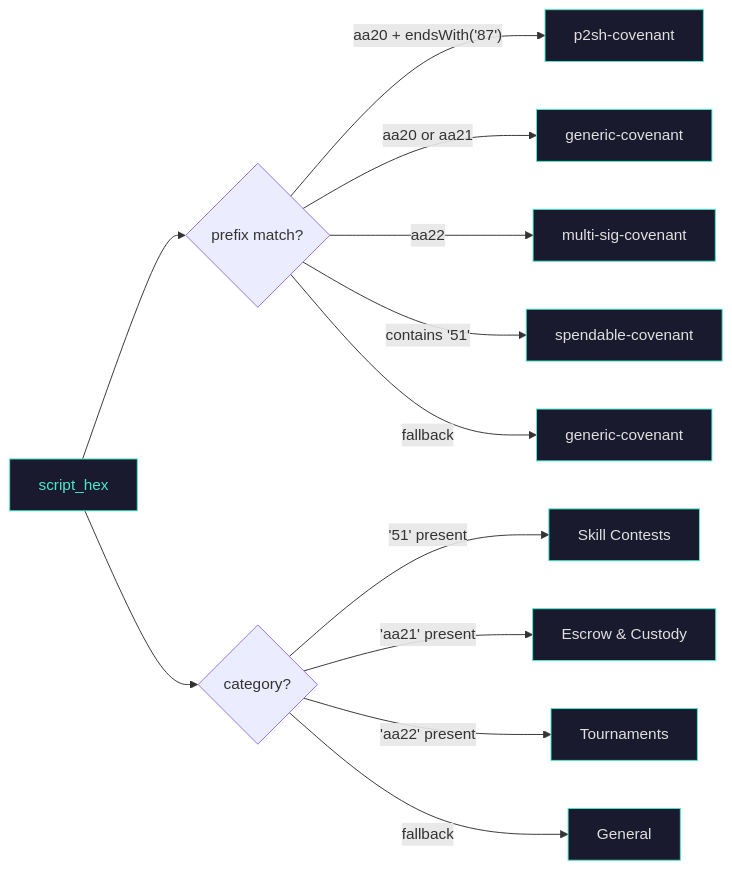
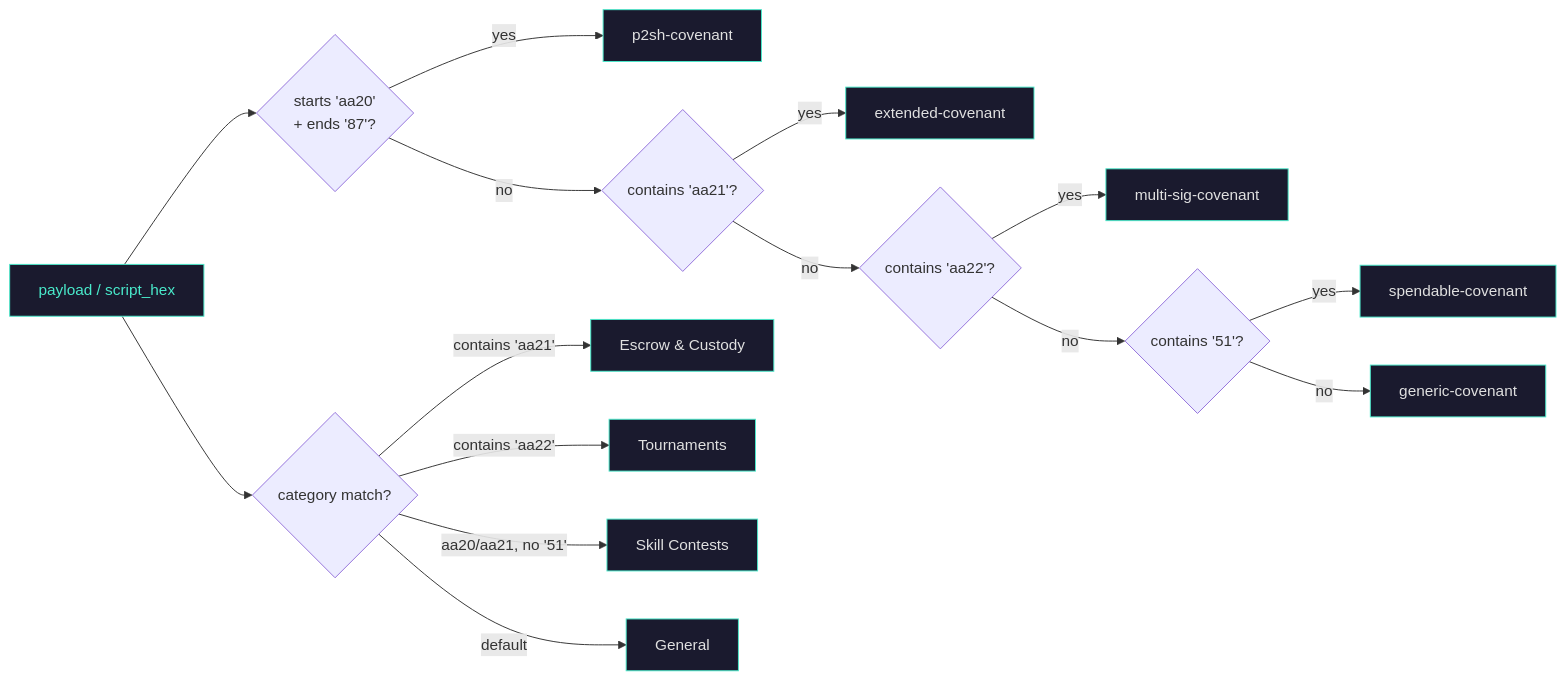
The second of 2 diagrams in README.md (THTProtocol/Covex27), drawn with Mermaid before and after one commit. The commit also changed other lines of this file, not shown here.

````diff
--- a/README.md
+++ b/README.md
@@ -163,27 +109,29 @@
 ```mermaid
 graph LR
-    ScriptHex["script_hex"] --> CheckPrefix{prefix match?}
+    Hex["payload / script_hex"] --> P1{"starts 'aa20'<br>+ ends '87'?"}
+    P1 -->|yes| P2SH["p2sh-covenant"]
+    P1 -->|no| P2{"contains 'aa21'?"}
+    P2 -->|yes| Extended["extended-covenant"]
+    P2 -->|no| P3{"contains 'aa22'?"}
+    P3 -->|yes| MultiSig["multi-sig-covenant"]
+    P3 -->|no| P4{"contains '51'?"}
+    P4 -->|yes| Spendable["spendable-covenant"]
+    P4 -->|no| Generic["generic-covenant"]
 
-    CheckPrefix -->|"aa20 + endsWith('87')"| P2SH["p2sh-covenant"]
-    CheckPrefix -->|"aa20 or aa21"| Extended["generic-covenant"]
-    CheckPrefix -->|"aa22"| MultiSig["multi-sig-covenant"]
-    CheckPrefix -->|"contains '51'"| Spendable["spendable-covenant"]
-    CheckPrefix -->|fallback| Generic["generic-covenant"]
+    Hex --> Cat{"category match?"}
+    Cat -->|"contains 'aa21'"| Escrow["Escrow & Custody"]
+    Cat -->|"contains 'aa22'"| Tournament["Tournaments"]
+    Cat -->|"aa20/aa21, no '51'"| Skill["Skill Contests"]
+    Cat -->|default| General["General"]
 
-    ScriptHex --> CategoryCheck{category?}
-    CategoryCheck -->|"'51' present"| Skill["Skill Contests"]
-    CategoryCheck -->|"'aa21' present"| Escrow["Escrow & Custody"]
-    CategoryCheck -->|"'aa22' present"| Tournament["Tournaments"]
-    CategoryCheck -->|fallback| General["General"]
-
-    style ScriptHex fill:#1A1A2E,stroke:#49EACB,color:#49EACB
+    style Hex fill:#1A1A2E,stroke:#49EACB,color:#49EACB
     style P2SH fill:#1A1A2E,stroke:#49EACB,color:#E0E0E0
     style Extended fill:#1A1A2E,stroke:#49EACB,color:#E0E0E0
     style MultiSig fill:#1A1A2E,stroke:#49EACB,color:#E0E0E0
     style Spendable fill:#1A1A2E,stroke:#49EACB,color:#E0E0E0
     style Generic fill:#1A1A2E,stroke:#49EACB,color:#E0E0E0
-    style Skill fill:#1A1A2E,stroke:#49EACB,color:#E0E0E0
     style Escrow fill:#1A1A2E,stroke:#49EACB,color:#E0E0E0
     style Tournament fill:#1A1A2E,stroke:#49EACB,color:#E0E0E0
+    style Skill fill:#1A1A2E,stroke:#49EACB,color:#E0E0E0
     style General fill:#1A1A2E,stroke:#49EACB,color:#E0E0E0
 ```
````
